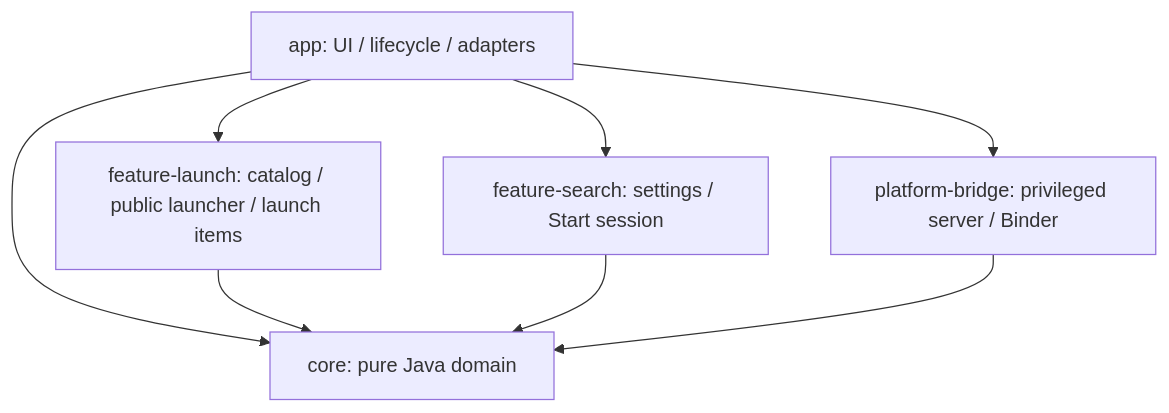
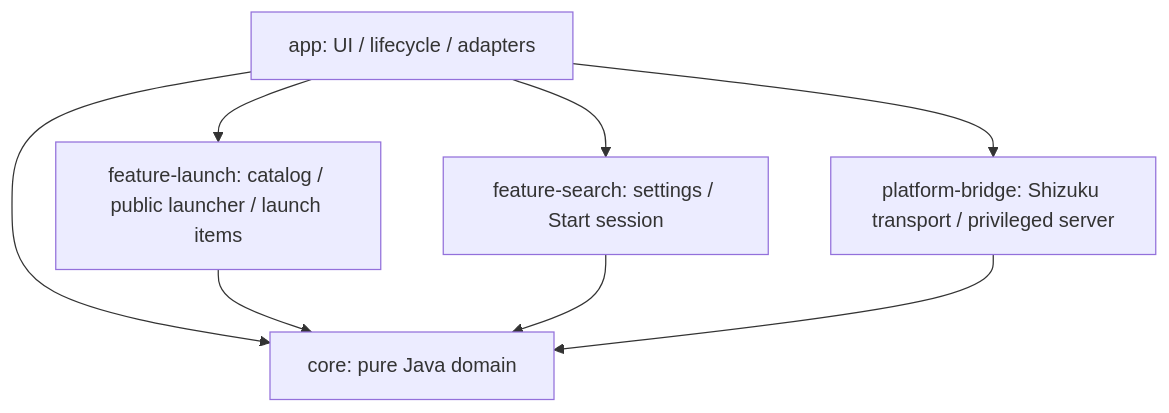
The diagram in docs/MODULES.md (ne64gi/stellashell), drawn with Mermaid before and after one commit. The commit also changed other lines of this file and 114 other files, not shown here.

````diff
--- a/docs/MODULES.md
+++ b/docs/MODULES.md
@@ -5,10 +5,10 @@
 ```mermaid
 graph TD
     APP[app: UI / lifecycle / adapters] --> CORE[core: pure Java domain]
     APP --> SEARCH[feature-search: settings / Start session]
     APP --> LAUNCH[feature-launch: catalog / public launcher / launch items]
     LAUNCH --> CORE
-    APP --> BRIDGE[platform-bridge: privileged server / Binder]
+    APP --> BRIDGE[platform-bridge: Shizuku transport / privileged server]
     SEARCH --> CORE
     BRIDGE --> CORE
 ```
````
